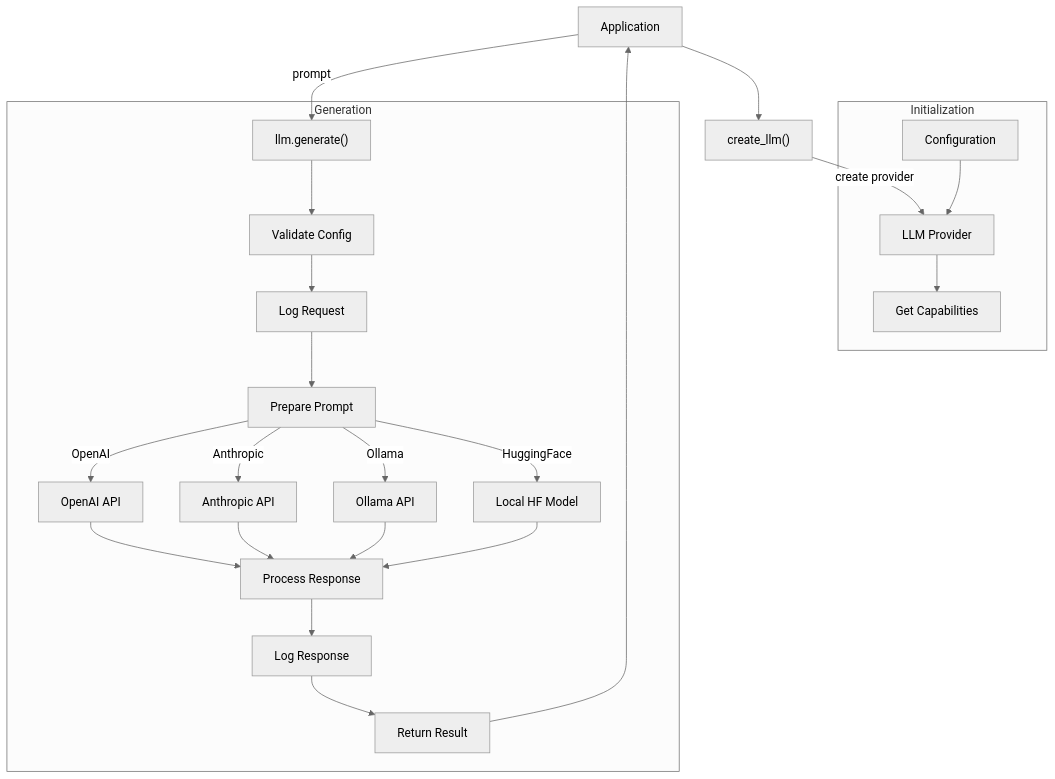
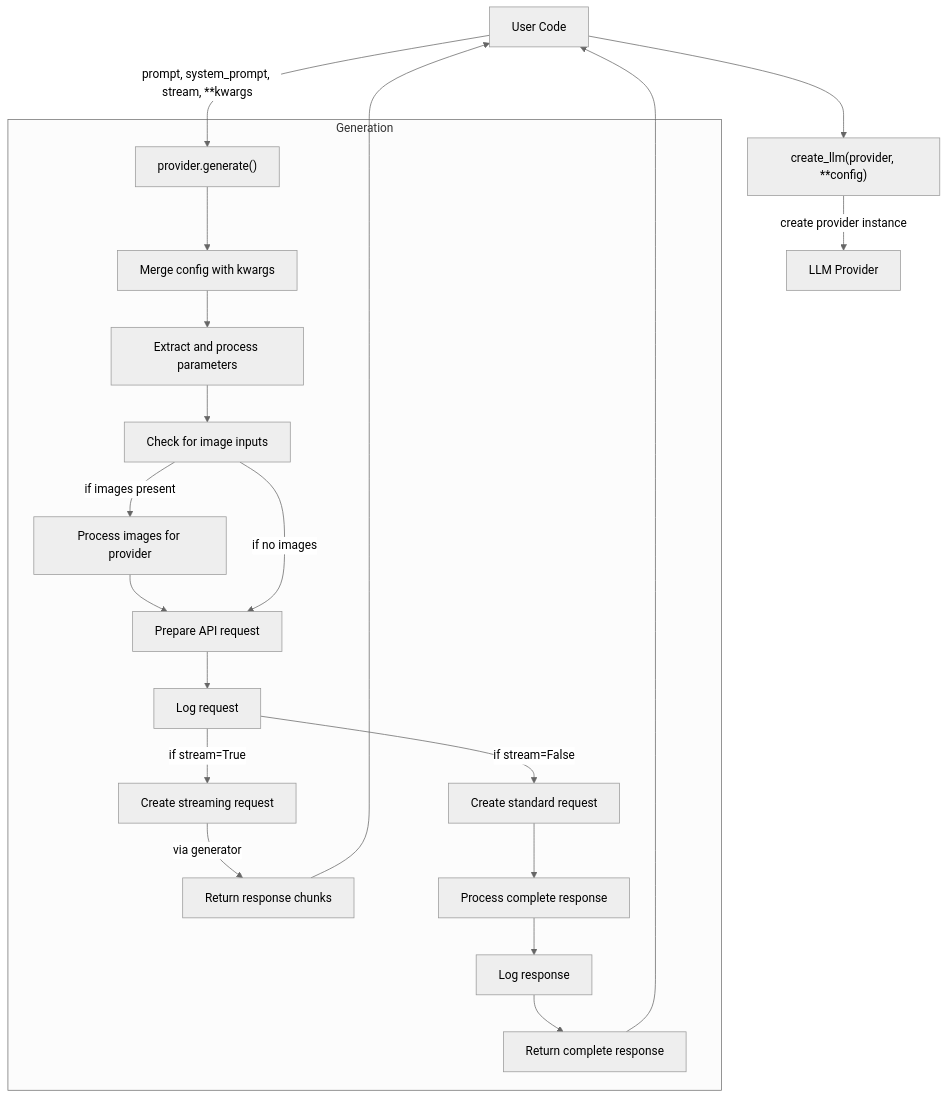
Before and after one commit to lpalbou/AbstractLLM: the second of 4 diagrams in docs/architecture.md, drawn with Mermaid (neutral theme). The commit also changed other lines of this file and 21 other files, not shown here.

````diff
--- a/docs/architecture.md
+++ b/docs/architecture.md
@@ -91,33 +152,32 @@
 ```mermaid
 flowchart TB
-    App[Application] --> Factory["create_llm()"]
-    Factory --> |"create provider"| Provider[LLM Provider]
+    User[User Code] --> Factory["create_llm(provider, **config)"]
+    Factory --> |"create provider instance"| Provider[LLM Provider]
     
-    subgraph Initialization
-        Config[Configuration] --> Provider
-        Provider --> Capabilities[Get Capabilities]
+    User --> |"prompt, system_prompt, stream, **kwargs"| Generate["provider.generate()"]
+    
+    subgraph Generation
+        Generate --> ValidateConfig[Merge config with kwargs]
+        ValidateConfig --> ExtractParams[Extract and process parameters]
+        ExtractParams --> CheckImage[Check for image inputs]
+        
+        CheckImage --> |"if images present"| ProcessImages[Process images for provider]
+        ProcessImages --> PrepareRequest[Prepare API request]
+        
+        CheckImage --> |"if no images"| PrepareRequest
+        
+        PrepareRequest --> LogRequest[Log request]
+        
+        LogRequest --> |"if stream=True"| StreamRequest[Create streaming request]
+        LogRequest --> |"if stream=False"| StandardRequest[Create standard request]
+        
+        StreamRequest --> |"via generator"| ReturnStreaming[Return response chunks]
+        StandardRequest --> ProcessResponse[Process complete response]
+        
+        ProcessResponse --> LogResponse[Log response]
+        LogResponse --> ReturnComplete[Return complete response]
     end
     
-    App --> |"prompt"| Generate["llm.generate()"]
-    
-    subgraph Generation
-        Generate --> ValidateConfig[Validate Config]
-        ValidateConfig --> LogRequest[Log Request]
-        LogRequest --> PreparePrompt[Prepare Prompt]
-        
-        PreparePrompt --> |"OpenAI"| OpenAIAPI[OpenAI API]
-        PreparePrompt --> |"Anthropic"| AnthropicAPI[Anthropic API]
-        PreparePrompt --> |"Ollama"| OllamaAPI[Ollama API]
-        PreparePrompt --> |"HuggingFace"| HFModel[Local HF Model]
-        
-        OpenAIAPI --> Response[Process Response]
-        AnthropicAPI --> Response
-        OllamaAPI --> Response
-        HFModel --> Response
-        
-        Response --> LogResponse[Log Response]
-        LogResponse --> ReturnResult[Return Result]
-    end
-    
-    ReturnResult --> App
+    ReturnStreaming --> User
+    ReturnComplete --> User
 ```
````
